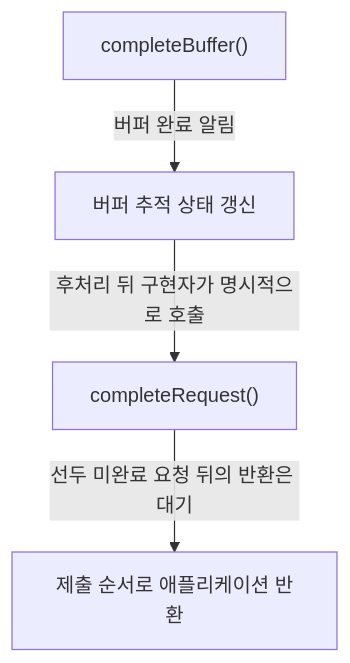
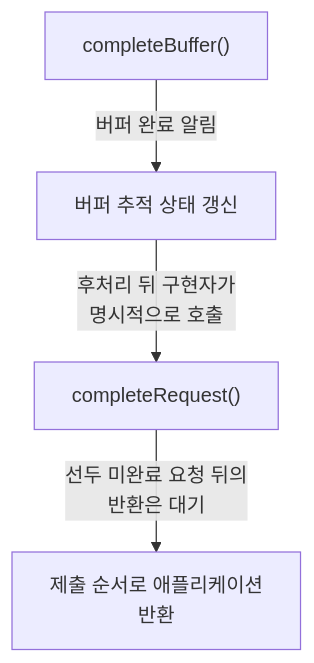
One commit to TTolsun/libcamera-sdd changed the second of 3 diagrams in docs/pipeline-handler.md. Above: the diagram before and after it, drawn with Mermaid. The commit also changed other lines of this file and 125 other files, not shown here.

````diff
--- a/docs/pipeline-handler.md
+++ b/docs/pipeline-handler.md
@@ -123,11 +112,11 @@
 ```mermaid
 flowchart TB
-%% sdd:translations {"completeBuffer()": "completeBuffer()", "completeRequest()": "completeRequest()", "버퍼 완료 알림": "Notify buffer completion", "버퍼 추적 상태 갱신": "Update buffer completion tracking", "선두 미완료 요청 뒤의 반환은 대기": "Wait behind an incomplete head request", "제출 순서로 애플리케이션 반환": "Return to application in submission order", "후처리 뒤 구현자가 명시적으로 호출": "Handler explicitly completes after remaining work"}
+%% sdd:translations {"completeBuffer()": "completeBuffer()", "completeRequest()": "completeRequest()", "버퍼 완료 알림": "Notify buffer completion", "버퍼 추적 상태 갱신": "Update buffer completion <br/>tracking", "선두 미완료 요청 뒤의 <br/>반환은 대기": "Wait behind an incomplete <br/>head request", "제출 순서로 애플리케이션 <br/>반환": "Return to application in <br/>submission order", "후처리 뒤 구현자가 <br/>명시적으로 호출": "Handler explicitly <br/>completes after remaining <br/>work"}
   v_buffer["completeBuffer()"]
   v_remaining["버퍼 추적 상태 갱신"]
   v_request["completeRequest()"]
-  v_application["제출 순서로 애플리케이션 반환"]
+  v_application["제출 순서로 애플리케이션 <br/>반환"]
   v_buffer -->|"버퍼 완료 알림"| v_remaining
-  v_remaining -->|"후처리 뒤 구현자가 명시적으로 호출"| v_request
-  v_request -->|"선두 미완료 요청 뒤의 반환은 대기"| v_application
+  v_remaining -->|"후처리 뒤 구현자가 <br/>명시적으로 호출"| v_request
+  v_request -->|"선두 미완료 요청 뒤의 <br/>반환은 대기"| v_application
 ```
````
